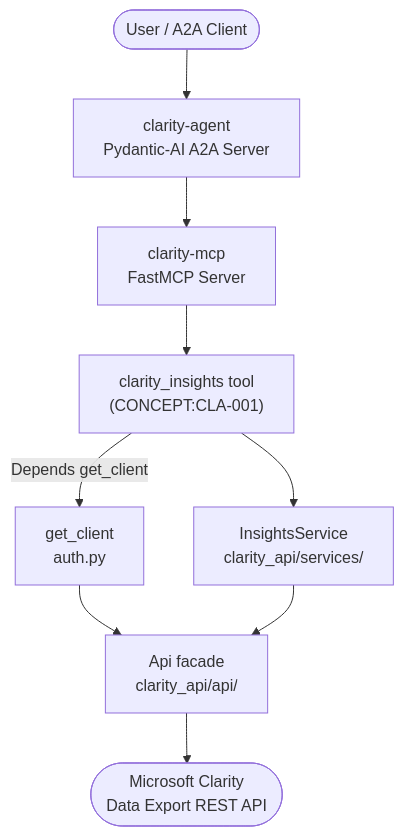
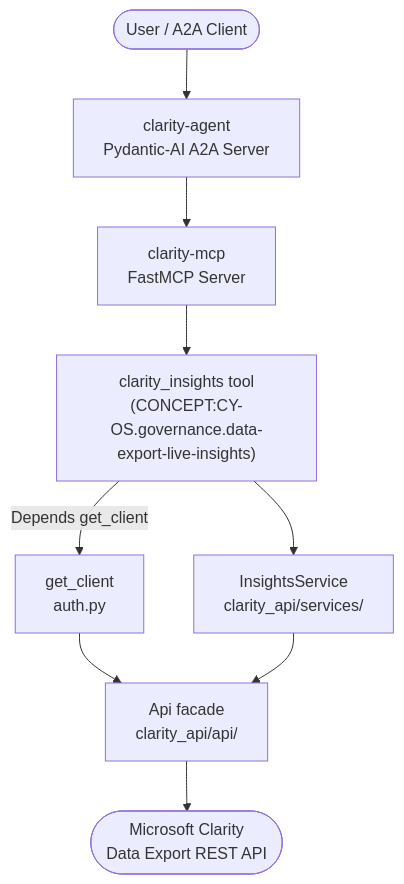
Before and after one commit to Knuckles-Team/clarity-api: the diagram in README.md, drawn with Mermaid. The commit also changed other lines of this file and 23 other files, not shown here.

````diff
--- a/README.md
+++ b/README.md
@@ -58,11 +58,11 @@
 ```mermaid
 graph TD
     User(["User / A2A Client"]) --> Agent["clarity-agent<br/>Pydantic-AI A2A Server"]
     Agent --> MCP["clarity-mcp<br/>FastMCP Server"]
-    MCP --> Tool["clarity_insights tool<br/>(CONCEPT:CLA-001)"]
+    MCP --> Tool["clarity_insights tool<br/>(CONCEPT:CY-OS.governance.data-export-live-insights)"]
     Tool -->|Depends get_client| Auth["get_client<br/>auth.py"]
     Tool --> Service["InsightsService<br/>clarity_api/services/"]
     Auth --> Client["Api facade<br/>clarity_api/api/"]
     Service --> Client
     Client --> Clarity(["Microsoft Clarity<br/>Data Export REST API"])
 ```
````
